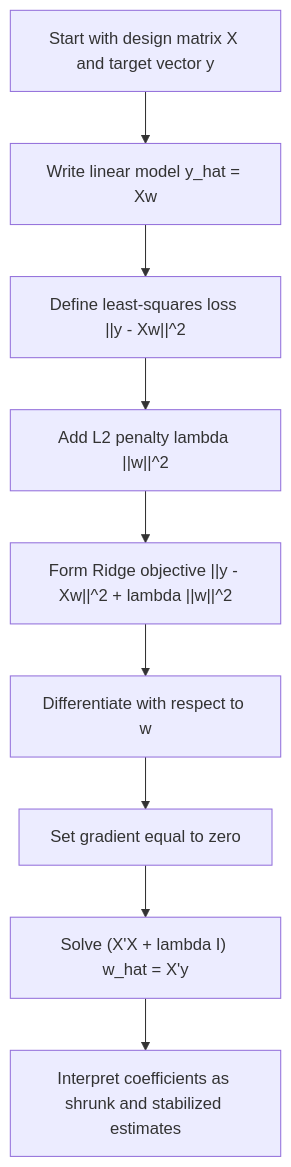
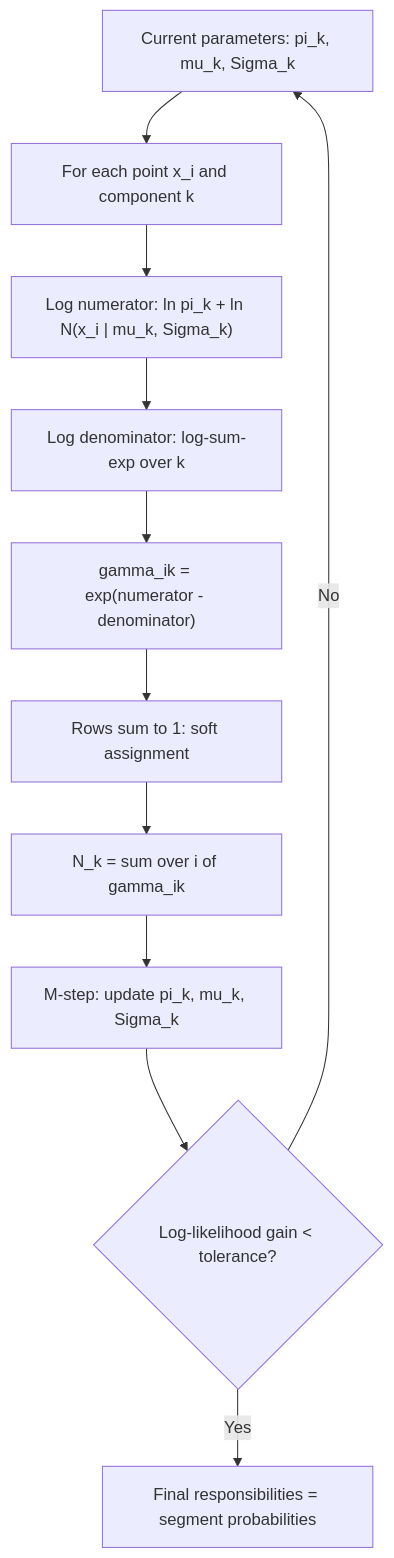
The diagram in vault/Notes/en/06_ml_math/machine_learning_algorithms/expectation_maximization_em_algorithm_for_gmms/e_step_responsibilities.md (RafaelBraga-Kribitz/braga-portfolio-v2), drawn with Mermaid before and after one commit. The commit also changed other lines of this file and 25 other files, not shown here.

````diff
--- a/vault/Notes/en/06_ml_math/machine_learning_algorithms/expectation_maximization_em_algorithm_for_gmms/e_step_responsibilities.md
+++ b/vault/Notes/en/06_ml_math/machine_learning_algorithms/expectation_maximization_em_algorithm_for_gmms/e_step_responsibilities.md
@@ -80,11 +23,13 @@
 ```mermaid
 flowchart TD
-    A["Start with design matrix X and target vector y"] --> B["Write linear model y_hat = Xw"]
-    B --> C["Define least-squares loss ||y - Xw||^2"]
-    C --> D["Add L2 penalty lambda ||w||^2"]
-    D --> E["Form Ridge objective ||y - Xw||^2 + lambda ||w||^2"]
-    E --> F["Differentiate with respect to w"]
-    F --> G["Set gradient equal to zero"]
-    G --> H["Solve (X'X + lambda I) w_hat = X'y"]
-    H --> I["Interpret coefficients as shrunk and stabilized estimates"]
+    A["Current parameters: pi_k, mu_k, Sigma_k"] --> B["For each point x_i and component k"]
+    B --> C["Log numerator: ln pi_k + ln N(x_i | mu_k, Sigma_k)"]
+    C --> D["Log denominator: log-sum-exp over k"]
+    D --> E["gamma_ik = exp(numerator - denominator)"]
+    E --> F["Rows sum to 1: soft assignment"]
+    F --> G["N_k = sum over i of gamma_ik"]
+    G --> H["M-step: update pi_k, mu_k, Sigma_k"]
+    H --> I{"Log-likelihood gain < tolerance?"}
+    I -->|No| A
+    I -->|Yes| J["Final responsibilities = segment probabilities"]
 ```
````
